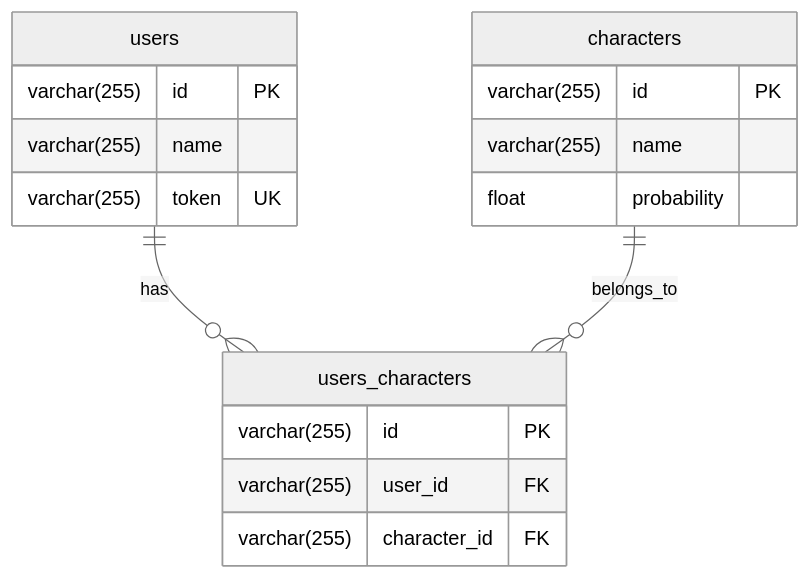
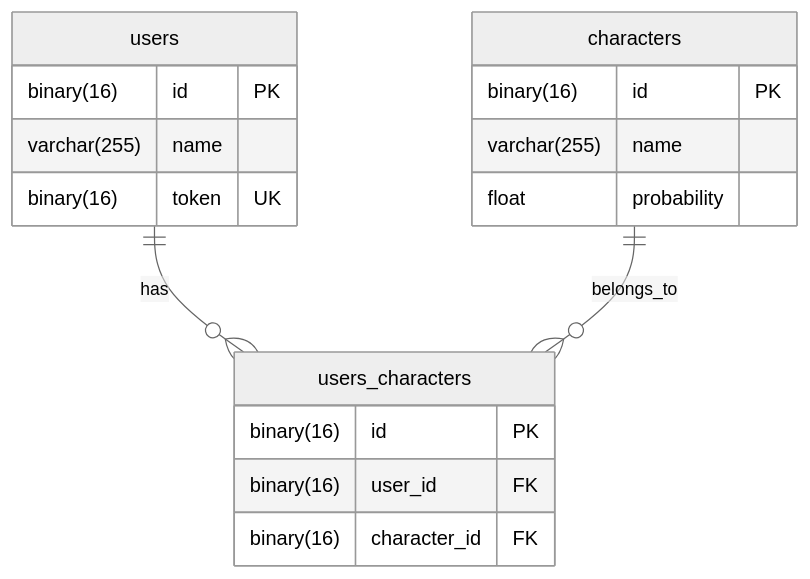
One commit to ShinnosukeSuzuki/techtrain-mission-ca-tech-dojo-golang changed the diagram in README.md. Above: the diagram before and after it, drawn with Mermaid (neutral theme). The commit also changed other lines of this file, not shown here.

Commit message:
ER図のidをbinary(16)に変更

````diff
--- a/README.md
+++ b/README.md
@@ -21,23 +22,23 @@
 ```mermaid
 erDiagram
     users ||--o{ users_characters : has
     characters ||--o{ users_characters : belongs_to
 
     users {
-        varchar(255) id PK
+        binary(16) id PK
         varchar(255) name
-        varchar(255) token UK
+        binary(16) token UK
     }
 
     characters {
-        varchar(255) id PK
+        binary(16) id PK
         varchar(255) name
         float probability
     }
 
     users_characters {
-        varchar(255) id PK
-        varchar(255) user_id FK
-        varchar(255) character_id FK
+        binary(16) id PK
+        binary(16) user_id FK
+        binary(16) character_id FK
     }
 ```
````
